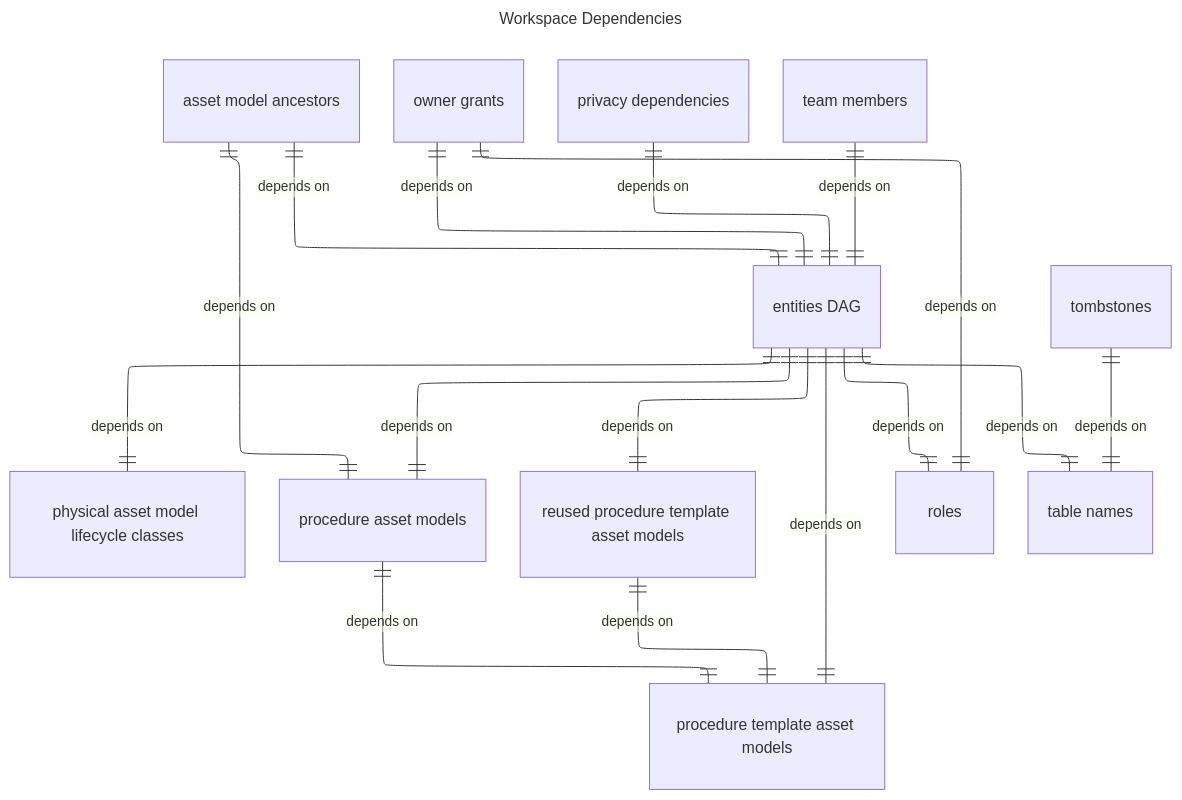
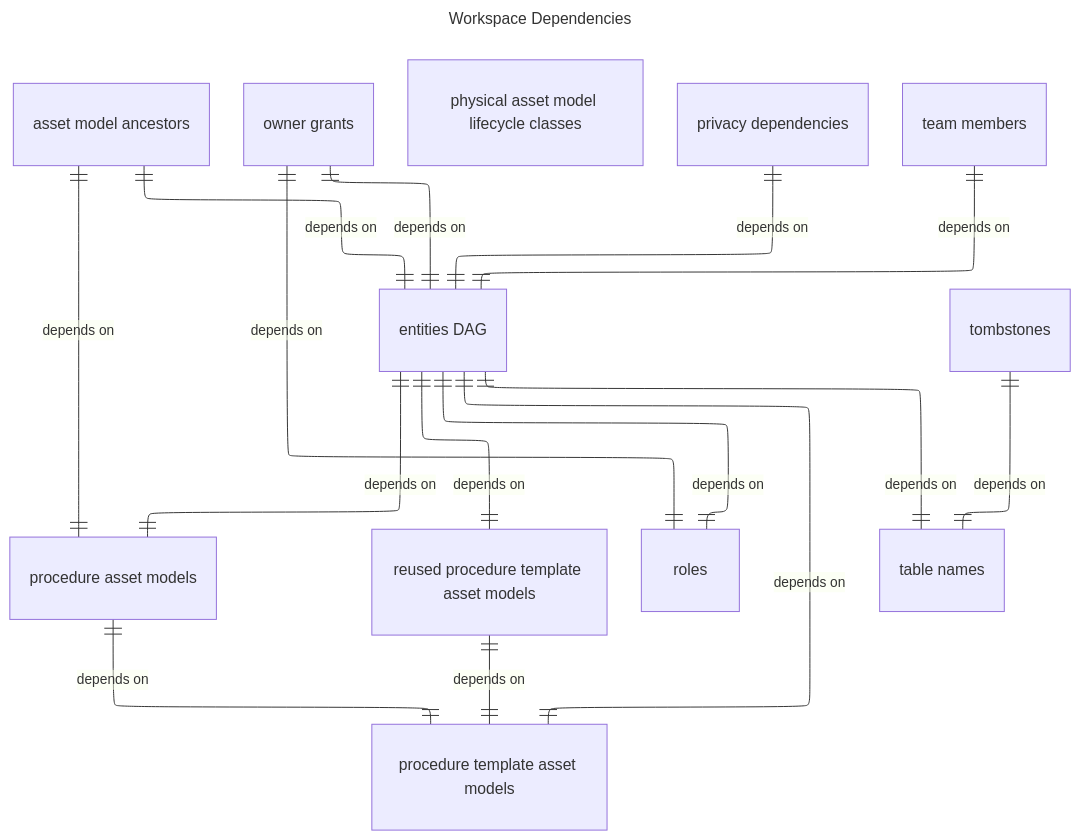
One commit to earth-metabolome-initiative/asset-procedure-schema changed the diagram in builder/workspace_dependencies.mmd. Above: the diagram before and after it, drawn with Mermaid. The commit also changed 21 other files, not shown here.

```diff
--- a/builder/workspace_dependencies.mmd
+++ b/builder/workspace_dependencies.mmd
@@ -1,36 +1,35 @@
 ---
 config:
   layout: elk
   theme: default
   look: classic
 title: Workspace Dependencies
 ---
 erDiagram
   direction TB
   v3["asset model ancestors"]
   v56["entities DAG"]
   v81["owner grants"]
   v96["physical asset model lifecycle classes"]
-  v104["privacy dependencies"]
-  v105["procedure asset models"]
-  v106["procedure template asset models"]
-  v109["reused procedure template asset models"]
-  v110["roles"]
-  v119["table names"]
-  v120["team members"]
-  v122["tombstones"]
-  v56 ||--|| v106 : "depends on"
+  v103["privacy dependencies"]
+  v104["procedure asset models"]
+  v105["procedure template asset models"]
+  v108["reused procedure template asset models"]
+  v109["roles"]
+  v118["table names"]
+  v119["team members"]
+  v121["tombstones"]
+  v56 ||--|| v105 : "depends on"
+  v56 ||--|| v108 : "depends on"
+  v56 ||--|| v104 : "depends on"
+  v3 ||--|| v56 : "depends on"
   v56 ||--|| v109 : "depends on"
-  v56 ||--|| v105 : "depends on"
-  v3 ||--|| v56 : "depends on"
-  v56 ||--|| v110 : "depends on"
-  v56 ||--|| v119 : "depends on"
+  v56 ||--|| v118 : "depends on"
   v81 ||--|| v56 : "depends on"
-  v81 ||--|| v110 : "depends on"
-  v56 ||--|| v96 : "depends on"
-  v104 ||--|| v56 : "depends on"
-  v105 ||--|| v3 : "depends on"
-  v105 ||--|| v106 : "depends on"
-  v109 ||--|| v106 : "depends on"
-  v120 ||--|| v56 : "depends on"
-  v122 ||--|| v119 : "depends on"
+  v81 ||--|| v109 : "depends on"
+  v103 ||--|| v56 : "depends on"
+  v104 ||--|| v3 : "depends on"
+  v104 ||--|| v105 : "depends on"
+  v108 ||--|| v105 : "depends on"
+  v119 ||--|| v56 : "depends on"
+  v121 ||--|| v118 : "depends on"
```
